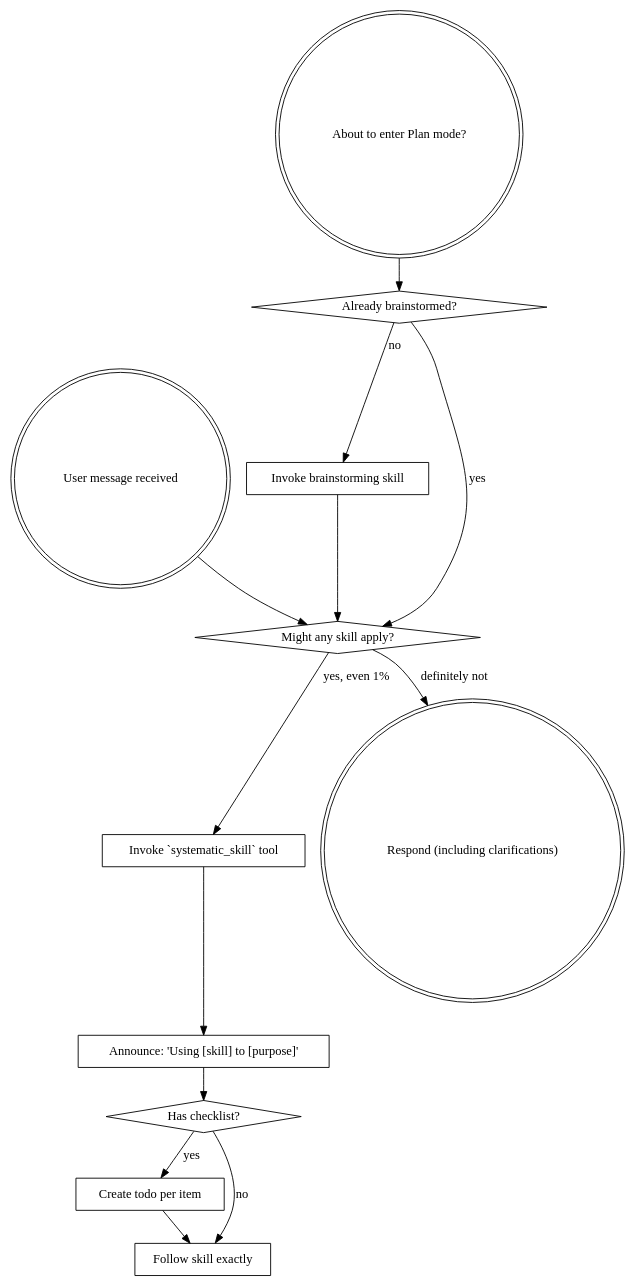
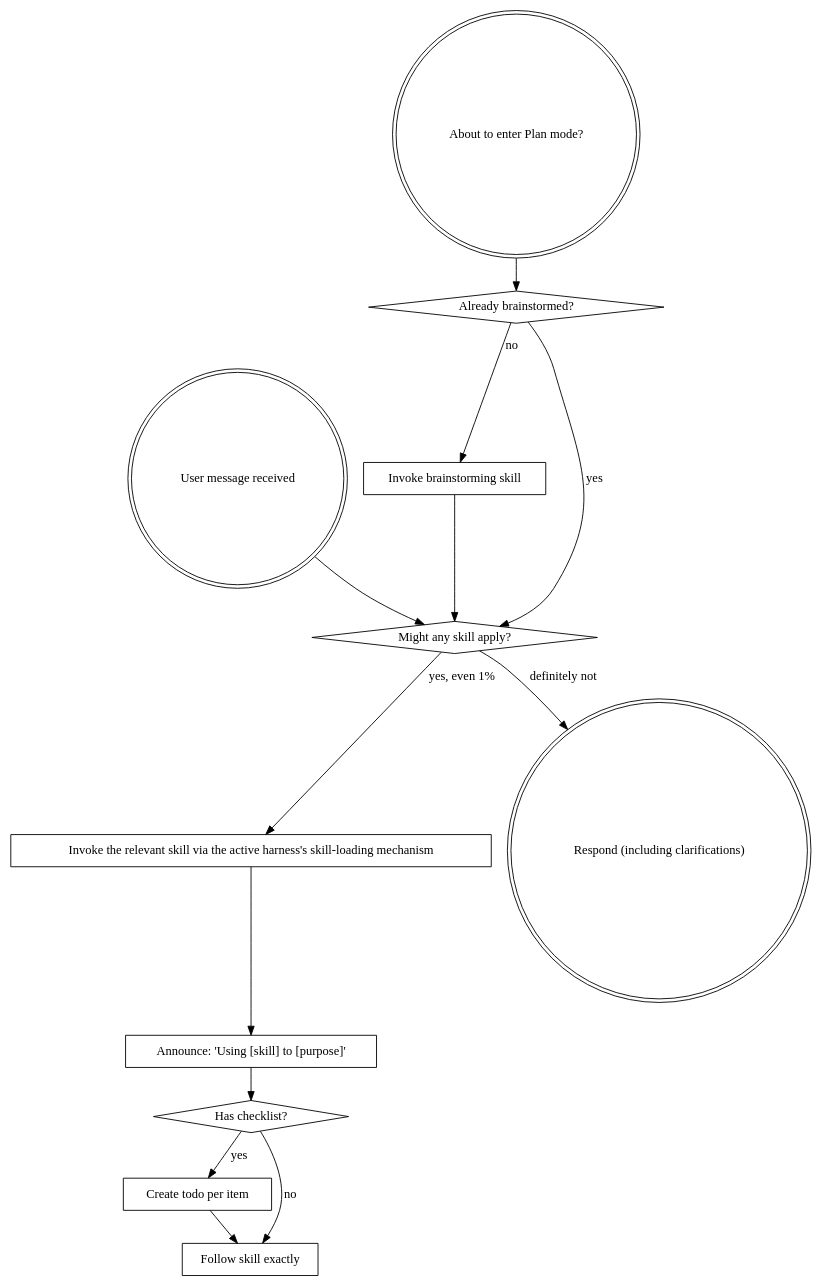
One commit to marcusrbrown/systematic changed the diagram in skills/using-systematic/SKILL.md. Above: the diagram before and after it, drawn with Graphviz. The commit also changed other lines of this file and 21 other files, not shown here.

````diff
--- a/skills/using-systematic/SKILL.md
+++ b/skills/using-systematic/SKILL.md
@@ -38,29 +38,29 @@
 ```dot
 digraph skill_flow {
     "User message received" [shape=doublecircle];
     "About to enter Plan mode?" [shape=doublecircle];
     "Already brainstormed?" [shape=diamond];
     "Invoke brainstorming skill" [shape=box];
     "Might any skill apply?" [shape=diamond];
-    "Invoke `systematic_skill` tool" [shape=box];
+    "Invoke the relevant skill via the active harness's skill-loading mechanism" [shape=box];
     "Announce: 'Using [skill] to [purpose]'" [shape=box];
     "Has checklist?" [shape=diamond];
     "Create todo per item" [shape=box];
     "Follow skill exactly" [shape=box];
     "Respond (including clarifications)" [shape=doublecircle];
 
     "About to enter Plan mode?" -> "Already brainstormed?";
     "Already brainstormed?" -> "Invoke brainstorming skill" [label="no"];
     "Already brainstormed?" -> "Might any skill apply?" [label="yes"];
     "Invoke brainstorming skill" -> "Might any skill apply?";
 
     "User message received" -> "Might any skill apply?";
-    "Might any skill apply?" -> "Invoke `systematic_skill` tool" [label="yes, even 1%"];
+    "Might any skill apply?" -> "Invoke the relevant skill via the active harness's skill-loading mechanism" [label="yes, even 1%"];
     "Might any skill apply?" -> "Respond (including clarifications)" [label="definitely not"];
-    "Invoke `systematic_skill` tool" -> "Announce: 'Using [skill] to [purpose]'";
+    "Invoke the relevant skill via the active harness's skill-loading mechanism" -> "Announce: 'Using [skill] to [purpose]'";
     "Announce: 'Using [skill] to [purpose]'" -> "Has checklist?";
     "Has checklist?" -> "Create todo per item" [label="yes"];
     "Has checklist?" -> "Follow skill exactly" [label="no"];
     "Create todo per item" -> "Follow skill exactly";
 }
 ```
````
